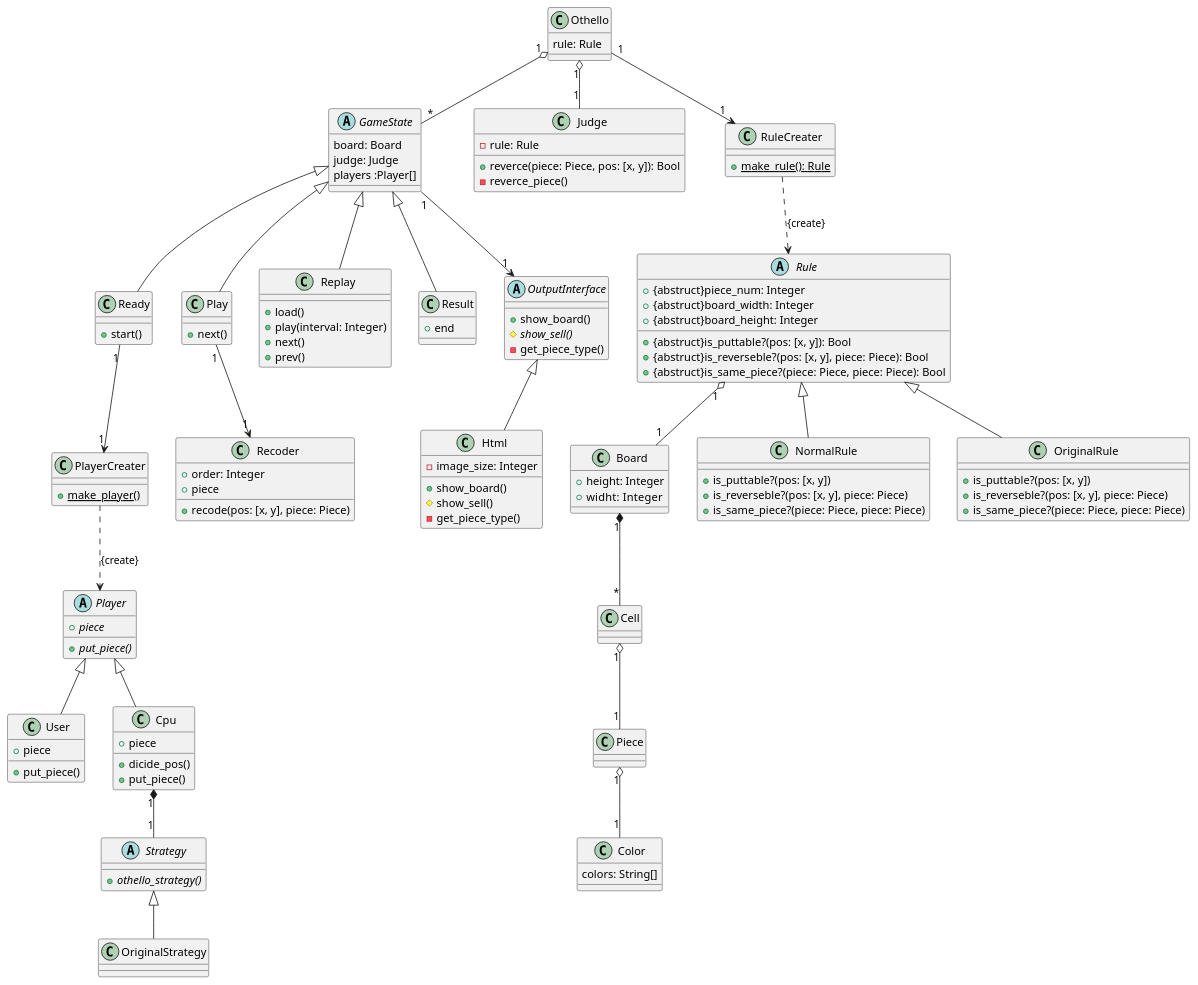
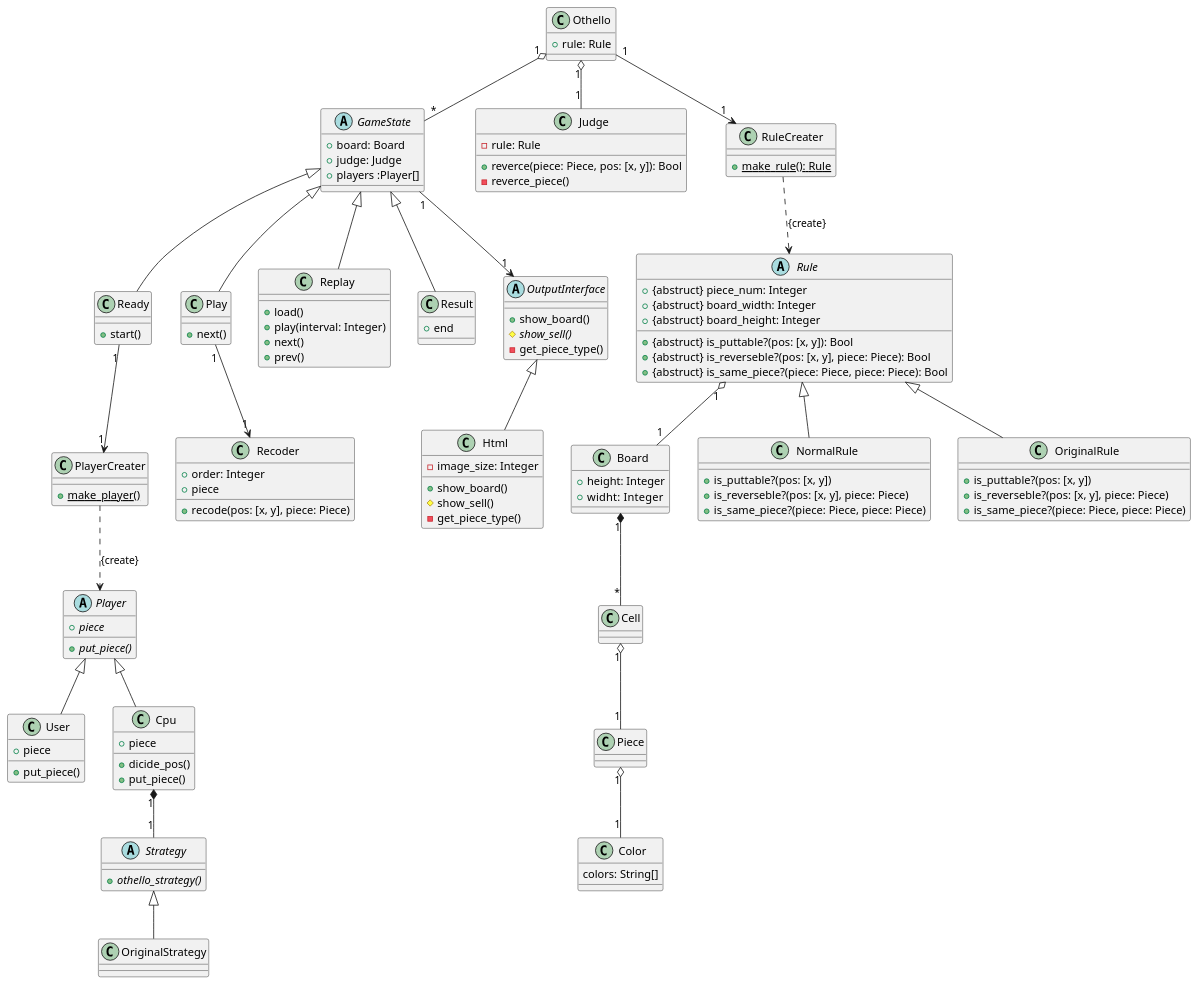
One commit to MaxMEllon/AppBox changed the diagram in uml/othello.pu. Above: the diagram before and after it, drawn with PlantUML. The commit also changed 1 other file, not shown here.

Commit message:
edit: uml

```diff
--- a/uml/othello.pu
+++ b/uml/othello.pu
@@ -1,176 +1,176 @@
 @startuml{othello.png}
 
 class Othello {
-  rule: Rule
+  +rule: Rule
 }
 
 abstract GameState {
-  board: Board
-  judge: Judge
-  players :Player[]
+  +board: Board
+  +judge: Judge
+  +players :Player[]
 }
 
 class Board {
   +height: Integer
   +widht:  Integer
 }
 
 class Cell {
 }
 
 class Piece {
 }
 
 class Piece {
 }
 
 class Color {
   colors: String[]
 }
 
 ' class Pos {
 '   +{static} pos2id(): String
 '   +{static} id2pos(): [x, y]
 '   +{static} pos2int(): [x, y]
 '   +{static} calc_pos(): [height, width]
 ' }
 
 class Ready {
   +start()
 }
 
 class Play {
   +next()
 }
 
 class Replay {
   +load()
   +play(interval: Integer)
   +next()
   +prev()
 }
 
 class Result {
   +end
 }
 
 ' Outputinterface {{{
 abstract OutputInterface {
   +show_board()
   #{abstract} show_sell()
   -get_piece_type()
 }
 
 class Html {
   -image_size: Integer
 
   +show_board()
   #show_sell()
   -get_piece_type()
 }
 ' }}}
 
 ' Player {{{
 abstract Player {
   +{abstract} piece
   +{abstract} put_piece()
 }
 
 class User {
   +piece
   +put_piece()
 }
 
 class Cpu {
   +piece
   +dicide_pos()
   +put_piece()
 }
 
 abstract Strategy {
   +{abstract} othello_strategy()
 }
 class OriginalStrategy {
 
 }
 
 class PlayerCreater {
   +{static} make_player()
 }
 ' }}}
 
 class Judge {
   -rule: Rule
   +reverce(piece: Piece, pos: [x, y]): Bool
   -reverce_piece()
 }
 
 ' Rule {{{
 abstract Rule {
-  +{abstruct}piece_num: Integer
-  +{abstruct}board_width: Integer
-  +{abstruct}board_height: Integer
+  +{abstruct} piece_num: Integer
+  +{abstruct} board_width: Integer
+  +{abstruct} board_height: Integer
 
-  +{abstruct}is_puttable?(pos: [x, y]): Bool
-  +{abstruct}is_reverseble?(pos: [x, y], piece: Piece): Bool
-  +{abstruct}is_same_piece?(piece: Piece, piece: Piece): Bool
+  +{abstruct} is_puttable?(pos: [x, y]): Bool
+  +{abstruct} is_reverseble?(pos: [x, y], piece: Piece): Bool
+  +{abstruct} is_same_piece?(piece: Piece, piece: Piece): Bool
 }
 
 class NormalRule {
   +is_puttable?(pos: [x, y])
   +is_reverseble?(pos: [x, y], piece: Piece)
   +is_same_piece?(piece: Piece, piece: Piece)
 }
 
 class OriginalRule {
   +is_puttable?(pos: [x, y])
   +is_reverseble?(pos: [x, y], piece: Piece)
   +is_same_piece?(piece: Piece, piece: Piece)
 }
 
 class Recoder {
   +order: Integer
   +piece
   +recode(pos: [x, y], piece: Piece)
 }
 
 class RuleCreater {
   +{static} make_rule(): Rule
 }
 
 ' }}}
 
 ' 関連 {{{
 Othello "1" o-- "*" GameState
 Othello "1" o-- "1" Judge
 Othello "1" --> "1" RuleCreater
 
 GameState <|-- Ready
 GameState <|-- Play
 GameState <|-- Replay
 GameState <|-- Result
 GameState "1" --> "1" OutputInterface
 Ready "1" --> "1" PlayerCreater
 Play "1" --> "1" Recoder
 
 Board "1" *-- "*" Cell
 
 RuleCreater ..> Rule : {create}
 Rule <|-- NormalRule
 Rule <|-- OriginalRule
 Rule "1" o-- "1" Board
 
 PlayerCreater ..> Player : {create}
 Player <|-- User
 Player <|-- Cpu
 
 Cpu "1" *-- "1" Strategy
 Strategy <|-- OriginalStrategy
 
 Cell  "1" o-- "1" Piece
 Piece "1" o-- "1" Color
 
 OutputInterface <|-- Html
 ' }}}
 
 @enduml
```
